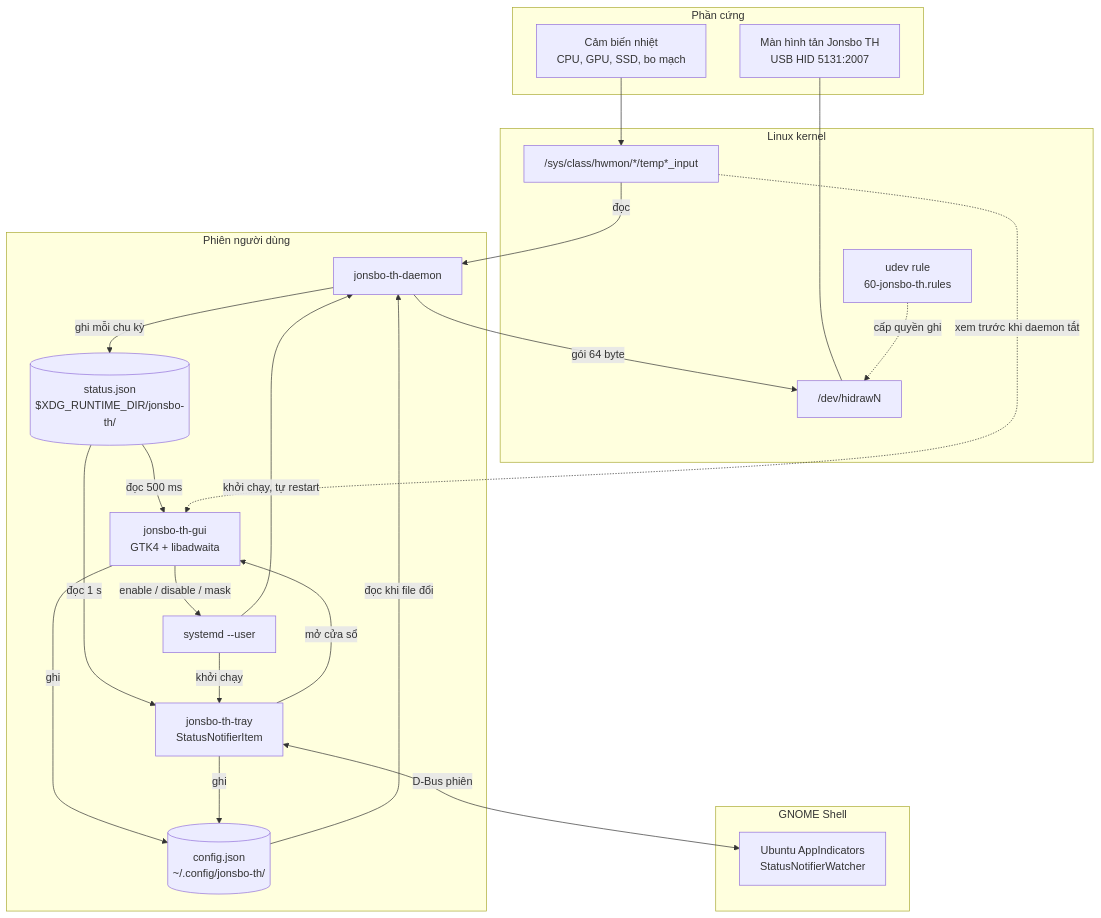
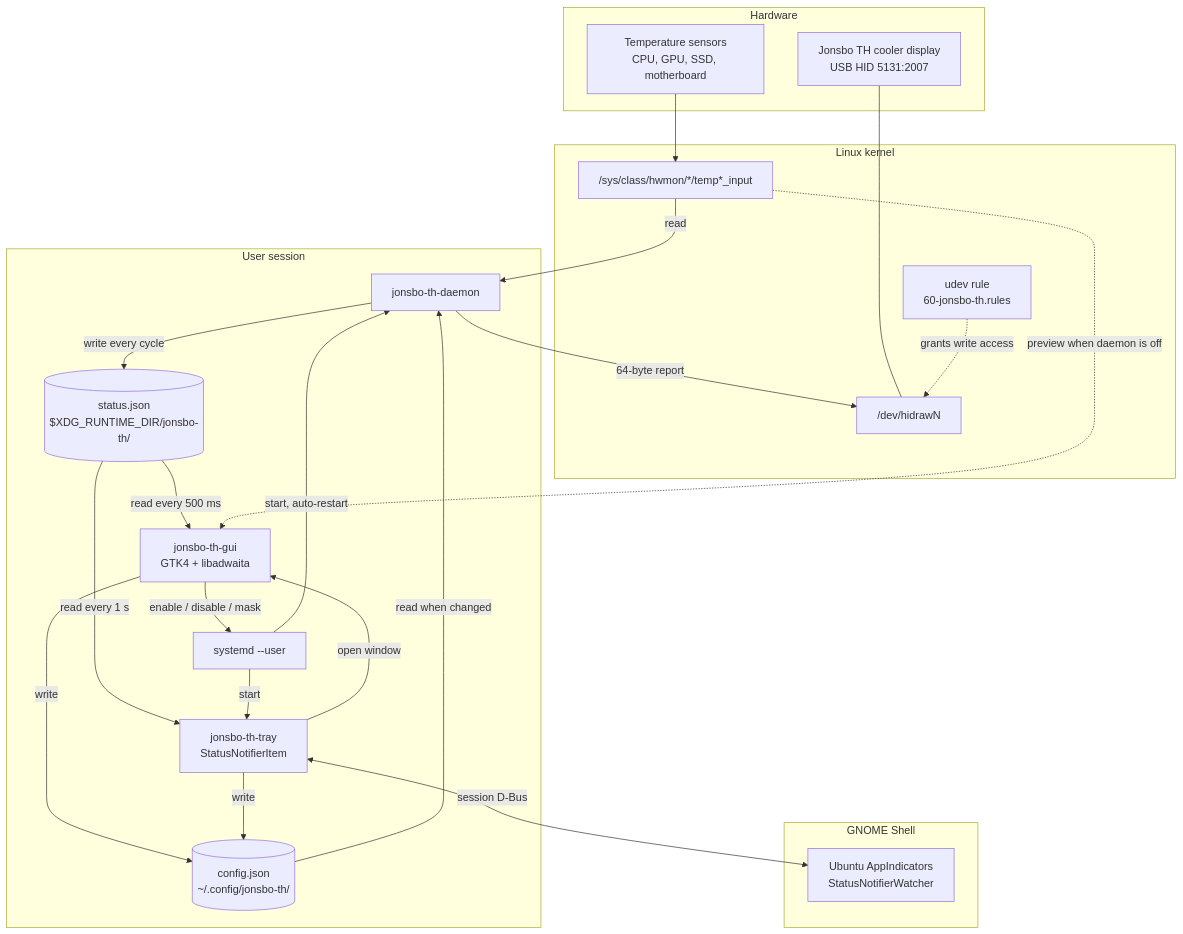
One commit to huysien/jonsbo-th-display-linux changed the first of 5 diagrams in docs/ARCHITECTURE.md. Above: the diagram before and after it, drawn with Mermaid. The commit also changed other lines of this file and 5 other files, not shown here.

````diff
--- a/docs/ARCHITECTURE.md
+++ b/docs/ARCHITECTURE.md
@@ -34,48 +33,48 @@
 ```mermaid
 flowchart TB
-    subgraph HW["Phần cứng"]
-        AIO["Màn hình tản Jonsbo TH<br/>USB HID 5131:2007"]
-        SENS["Cảm biến nhiệt<br/>CPU, GPU, SSD, bo mạch"]
+    subgraph HW["Hardware"]
+        AIO["Jonsbo TH cooler display<br/>USB HID 5131:2007"]
+        SENS["Temperature sensors<br/>CPU, GPU, SSD, motherboard"]
     end
 
     subgraph KERNEL["Linux kernel"]
         HWMON["/sys/class/hwmon/*/temp*_input"]
         HIDRAW["/dev/hidrawN"]
         UDEV["udev rule<br/>60-jonsbo-th.rules"]
     end
 
-    subgraph USER["Phiên người dùng"]
+    subgraph USER["User session"]
         DAEMON["jonsbo-th-daemon"]
         GUI["jonsbo-th-gui<br/>GTK4 + libadwaita"]
         TRAY["jonsbo-th-tray<br/>StatusNotifierItem"]
         CFG[("config.json<br/>~/.config/jonsbo-th/")]
         STATUS[("status.json<br/>$XDG_RUNTIME_DIR/jonsbo-th/")]
         SYSTEMD["systemd --user"]
     end
 
     subgraph SHELL["GNOME Shell"]
         EXT["Ubuntu AppIndicators<br/>StatusNotifierWatcher"]
     end
 
     SENS --> HWMON
     AIO --- HIDRAW
-    UDEV -. "cấp quyền ghi" .-> HIDRAW
+    UDEV -. "grants write access" .-> HIDRAW
 
-    HWMON -- "đọc" --> DAEMON
-    DAEMON -- "gói 64 byte" --> HIDRAW
-    CFG -- "đọc khi file đổi" --> DAEMON
-    DAEMON -- "ghi mỗi chu kỳ" --> STATUS
+    HWMON -- "read" --> DAEMON
+    DAEMON -- "64-byte report" --> HIDRAW
+    CFG -- "read when changed" --> DAEMON
+    DAEMON -- "write every cycle" --> STATUS
 
-    GUI -- "ghi" --> CFG
-    STATUS -- "đọc 500 ms" --> GUI
-    HWMON -. "xem trước khi daemon tắt" .-> GUI
+    GUI -- "write" --> CFG
+    STATUS -- "read every 500 ms" --> GUI
+    HWMON -. "preview when daemon is off" .-> GUI
     GUI -- "enable / disable / mask" --> SYSTEMD
 
-    TRAY -- "ghi" --> CFG
-    STATUS -- "đọc 1 s" --> TRAY
-    TRAY <-->|"D-Bus phiên"| EXT
-    TRAY -- "mở cửa sổ" --> GUI
+    TRAY -- "write" --> CFG
+    STATUS -- "read every 1 s" --> TRAY
+    TRAY <-->|"session D-Bus"| EXT
+    TRAY -- "open window" --> GUI
 
-    SYSTEMD -- "khởi chạy, tự restart" --> DAEMON
-    SYSTEMD -- "khởi chạy" --> TRAY
+    SYSTEMD -- "start, auto-restart" --> DAEMON
+    SYSTEMD -- "start" --> TRAY
 ```
````
